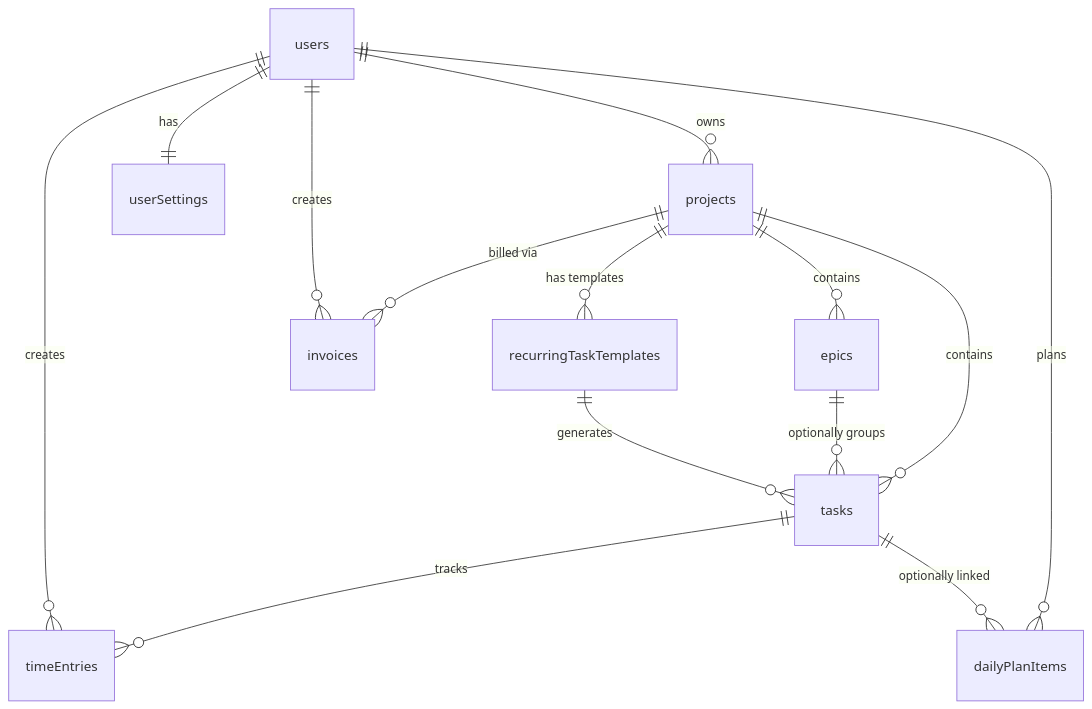
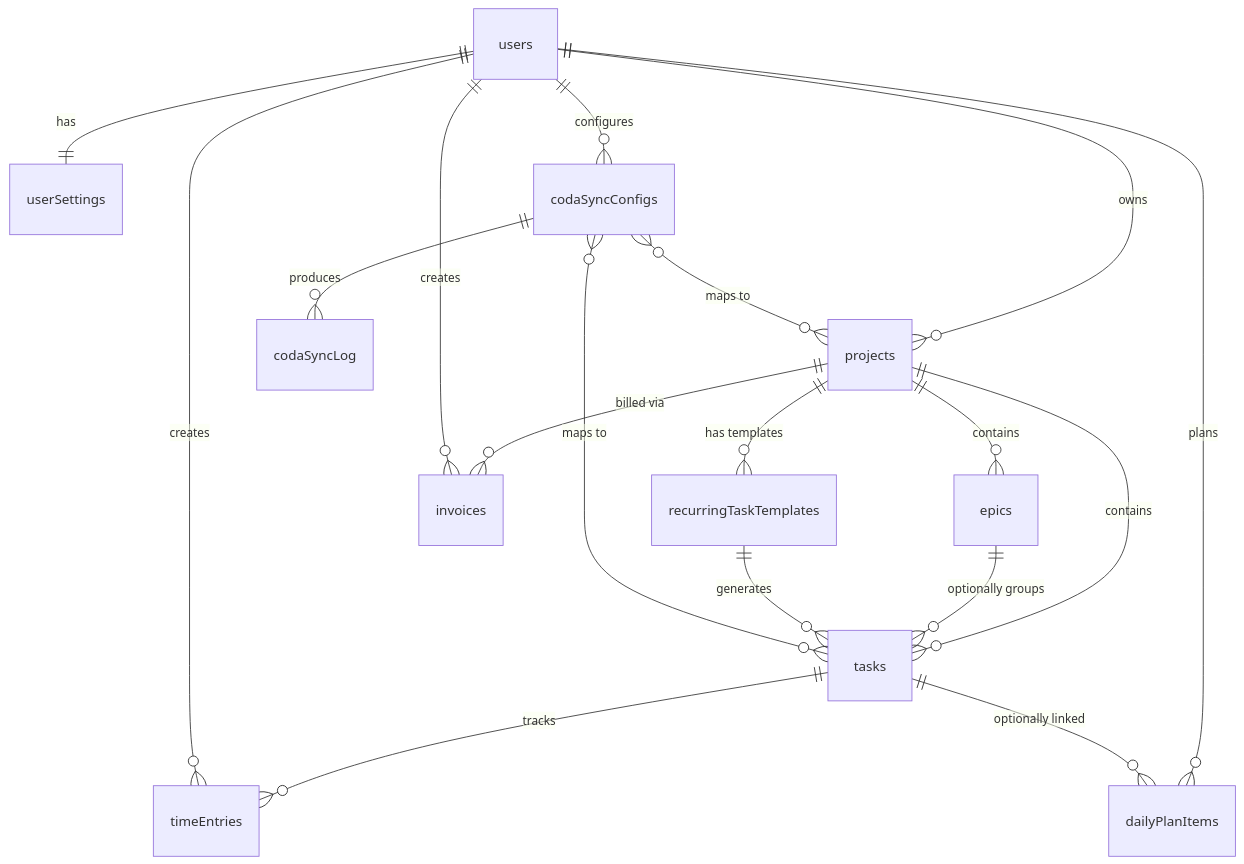
Before and after one commit to cardellinotech/velo: the second of 2 diagrams in docs/prd.md, drawn with Mermaid. The commit also changed other lines of this file and 31 other files, not shown here.

````diff
--- a/docs/prd.md
+++ b/docs/prd.md
@@ -342,16 +372,20 @@
 ```mermaid
 erDiagram
     users ||--o{ projects : owns
     users ||--|| userSettings : has
     projects ||--o{ epics : contains
     projects ||--o{ tasks : contains
     projects ||--o{ invoices : "billed via"
     projects ||--o{ recurringTaskTemplates : "has templates"
     epics ||--o{ tasks : "optionally groups"
     tasks ||--o{ timeEntries : tracks
     users ||--o{ timeEntries : creates
     users ||--o{ invoices : creates
     recurringTaskTemplates ||--o{ tasks : "generates"
     users ||--o{ dailyPlanItems : "plans"
     tasks ||--o{ dailyPlanItems : "optionally linked"
+    users ||--o{ codaSyncConfigs : "configures"
+    codaSyncConfigs ||--o{ codaSyncLog : "produces"
+    codaSyncConfigs }o--o{ projects : "maps to"
+    codaSyncConfigs }o--o{ tasks : "maps to"
 ```
````
